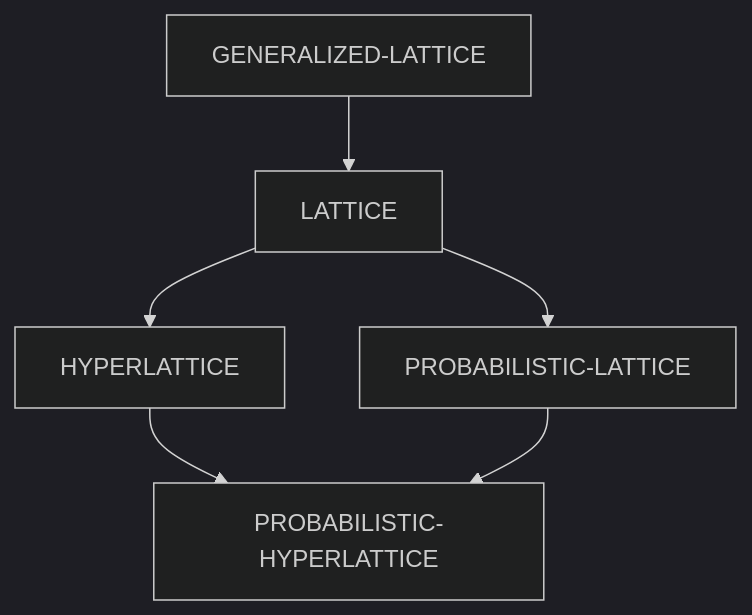
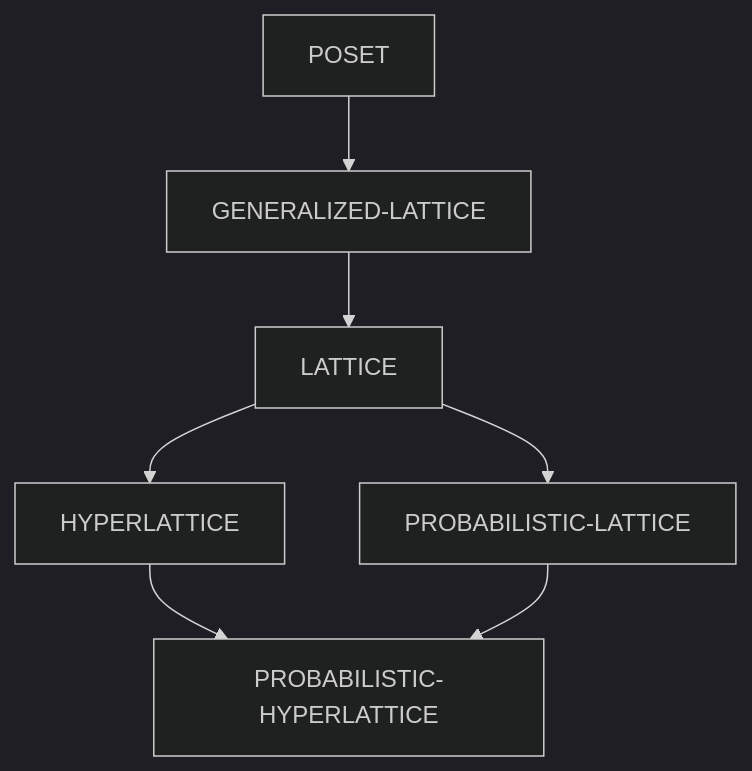
The diagram in README.md (thephoeron/hyperlattices), drawn with Mermaid (dark theme) before and after one commit. The commit also changed 2 other files, not shown here.

Commit message:
Add POSET class definition and methods to support a more correct implementation of generalized lattices, update intended class hierarchy in README, and increment version number accordingly.

````diff
--- a/README.md
+++ b/README.md
@@ -14,8 +14,9 @@
 ```mermaid
 graph TB
     A[GENERALIZED-LATTICE] --> B[LATTICE]
     B --> C[HYPERLATTICE]
     C --> D[PROBABILISTIC-HYPERLATTICE]
     B --> E[PROBABILISTIC-LATTICE]
     E --> D
+    F[POSET] --> A
 ```
````
